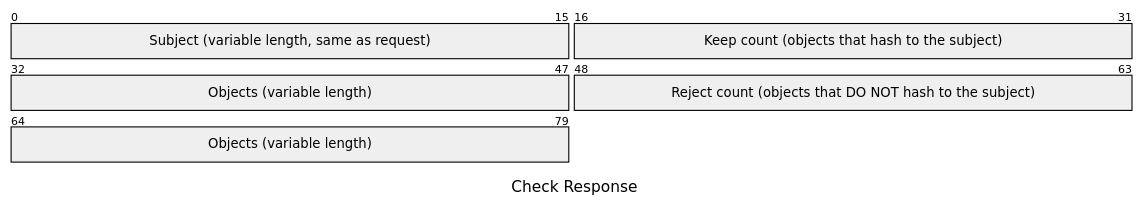
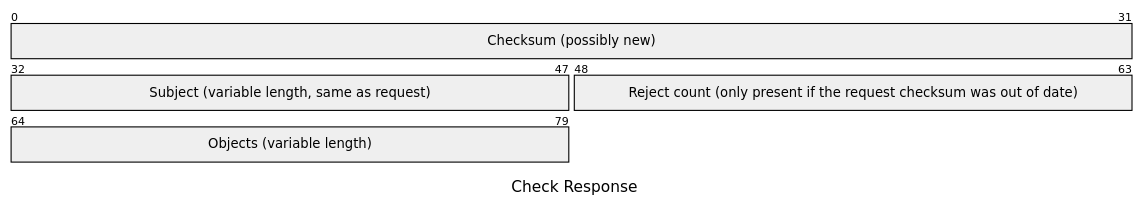
The fifth of 5 diagrams in README.md (xmidt-org/hashy), drawn with Mermaid before and after one commit. The commit also changed other lines of this file, not shown here.

````diff
--- a/README.md
+++ b/README.md
@@ -126,11 +127,10 @@
 ```mermaid
 ---
 title: "Check Response"
 ---
 packet
++32: "Checksum (possibly new)"
 +16: "Subject (variable length, same as request)"
-+16: "Keep count (objects that hash to the subject)"
-+16: "Objects (variable length)"
-+16: "Reject count (objects that DO NOT hash to the subject)"
++16: "Reject count (only present if the request checksum was out of date)"
 +16: "Objects (variable length)"
 ```
````
